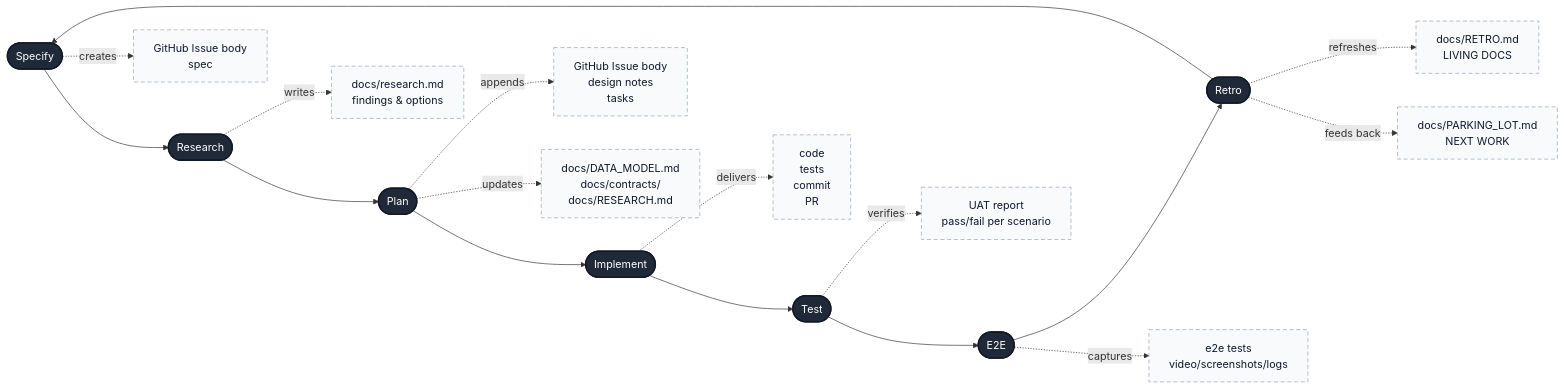
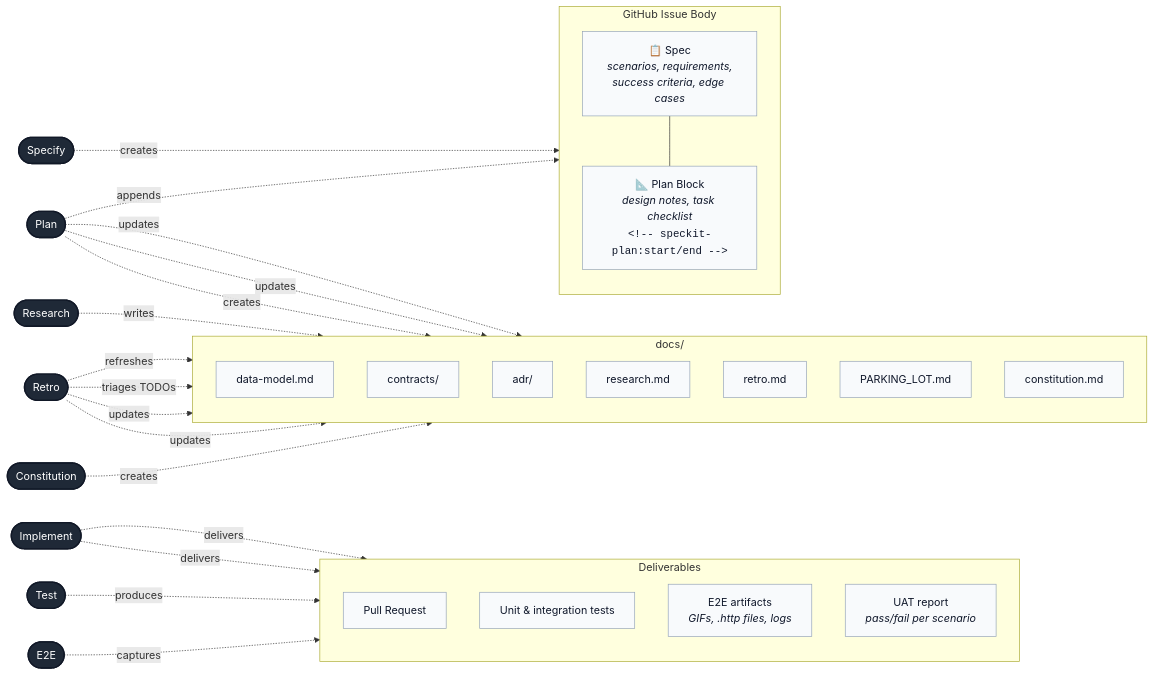
One commit to ranvirsingh/speckit changed the second of 4 diagrams in README.md. Above: the diagram before and after it, drawn with Mermaid. The commit also changed other lines of this file, not shown here.

Commit message:
refactor: enhance README.md for clarity and structure of Speckit pipeline

````diff
--- a/README.md
+++ b/README.md
@@ -103,26 +141,51 @@
 ```mermaid
 flowchart LR
-  S([Specify]) --> RE([Research])
-  RE --> P([Plan])
-  P --> I([Implement])
-  I --> T([Test])
-  T --> D([E2E])
-  D --> R([Retro])
-  R --> S
+  subgraph ISSUE ["GitHub Issue Body"]
+    direction TB
+    SPEC["📋 Spec<br/><i>scenarios, requirements,<br/>success criteria, edge cases</i>"]
+    PLAN_BLOCK["📐 Plan Block<br/><i>design notes, task checklist</i><br/><code>&lt;!-- speckit-plan:start/end --&gt;</code>"]
+    SPEC --- PLAN_BLOCK
+  end
 
-  S -. creates .-> S1[GitHub Issue body<br/>spec]
-  RE -. writes .-> RE1[docs/research.md<br/>findings &amp; options]
-  P -. appends .-> P1[GitHub Issue body<br/>design notes<br/>tasks]
-  P -. updates .-> P2[docs/DATA_MODEL.md<br/>docs/contracts/<br/>docs/RESEARCH.md]
-  I -. delivers .-> I1[code<br/>tests<br/>commit<br/>PR]
-  T -. verifies .-> T1[UAT report<br/>pass/fail per scenario]
-  D -. captures .-> D1[e2e tests<br/>video/screenshots/logs]
-  R -. refreshes .-> R1[docs/RETRO.md<br/>LIVING DOCS]
-  R -. feeds back .-> R2[docs/PARKING_LOT.md<br/>NEXT WORK]
+  subgraph DOCS ["docs/"]
+    direction TB
+    DM["data-model.md"]
+    CON["contracts/"]
+    ADR["adr/"]
+    RES["research.md"]
+    RT["retro.md"]
+    PK["PARKING_LOT.md"]
+    CONST["constitution.md"]
+  end
+
+  subgraph CODE ["Deliverables"]
+    direction TB
+    PR["Pull Request"]
+    TESTS["Unit &amp; integration tests"]
+    E2E_ART["E2E artifacts<br/><i>GIFs, .http files, logs</i>"]
+    UAT_RPT["UAT report<br/><i>pass/fail per scenario</i>"]
+  end
+
+  S([Specify]) -. "creates" .-> SPEC
+  PH([Plan]) -. "appends" .-> PLAN_BLOCK
+  PH -. "updates" .-> DM
+  PH -. "updates" .-> CON
+  PH -. "creates" .-> ADR
+  RE([Research]) -. "writes" .-> RES
+  IM([Implement]) -. "delivers" .-> PR
+  IM -. "delivers" .-> TESTS
+  T([Test]) -. "produces" .-> UAT_RPT
+  E([E2E]) -. "captures" .-> E2E_ART
+  R([Retro]) -. "refreshes" .-> RT
+  R -. "triages TODOs" .-> PK
+  R -. "updates" .-> DM
+  R -. "updates" .-> CON
+  CO([Constitution]) -. "creates" .-> CONST
 
   classDef phase fill:#1f2937,color:#ffffff,stroke:#111827,stroke-width:2px;
-  classDef artifact fill:#f8fafc,color:#0f172a,stroke:#94a3b8,stroke-width:1px,stroke-dasharray: 6 4;
+  classDef artifact fill:#f8fafc,color:#0f172a,stroke:#94a3b8,stroke-width:1px;
+  classDef artifactGroup fill:#f1f5f9,color:#0f172a,stroke:#cbd5e1,stroke-width:1px;
 
-  class S,RE,P,I,T,D,R phase;
-  class S1,RE1,P1,P2,I1,T1,D1,R1,R2 artifact;
+  class S,PH,RE,IM,T,E,R,CO phase;
+  class SPEC,PLAN_BLOCK,DM,CON,ADR,RES,RT,PK,CONST,PR,TESTS,E2E_ART,UAT_RPT artifact;
 ```
````
